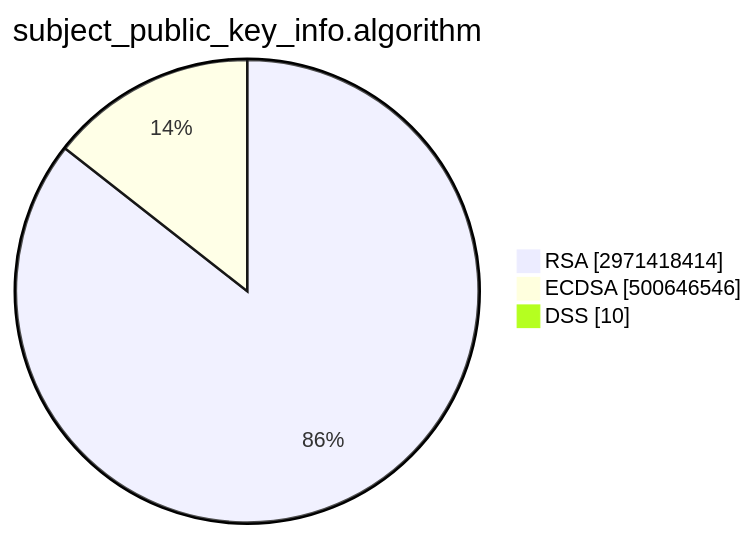
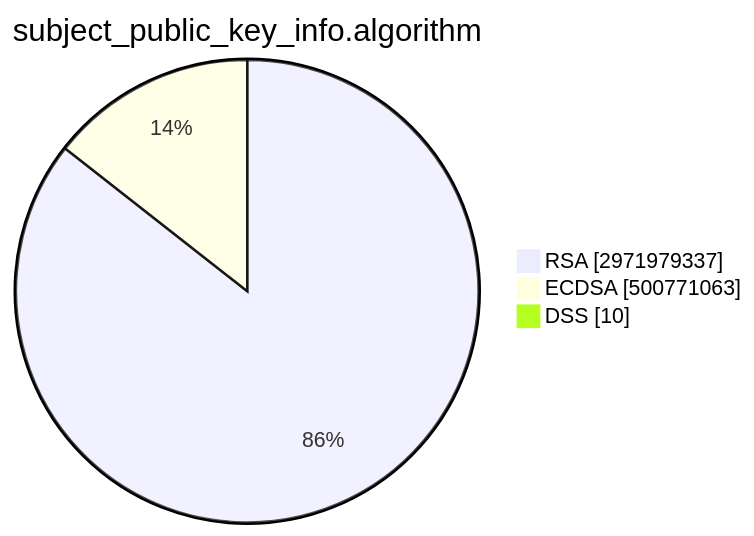
Before and after one commit to christiankrug/ctmonitor_visualization: the second of 15 diagrams in TOTAL/README.md, drawn with Mermaid. The commit also changed other lines of this file, not shown here.

````diff
--- a/TOTAL/README.md
+++ b/TOTAL/README.md
@@ -6,7 +6,7 @@
 ```mermaid
 pie showData
 title subject_public_key_info.algorithm
-"RSA" :2971418414
-"ECDSA" :500646546
+"RSA" :2971979337
+"ECDSA" :500771063
 "DSS" :10
 ```
````
